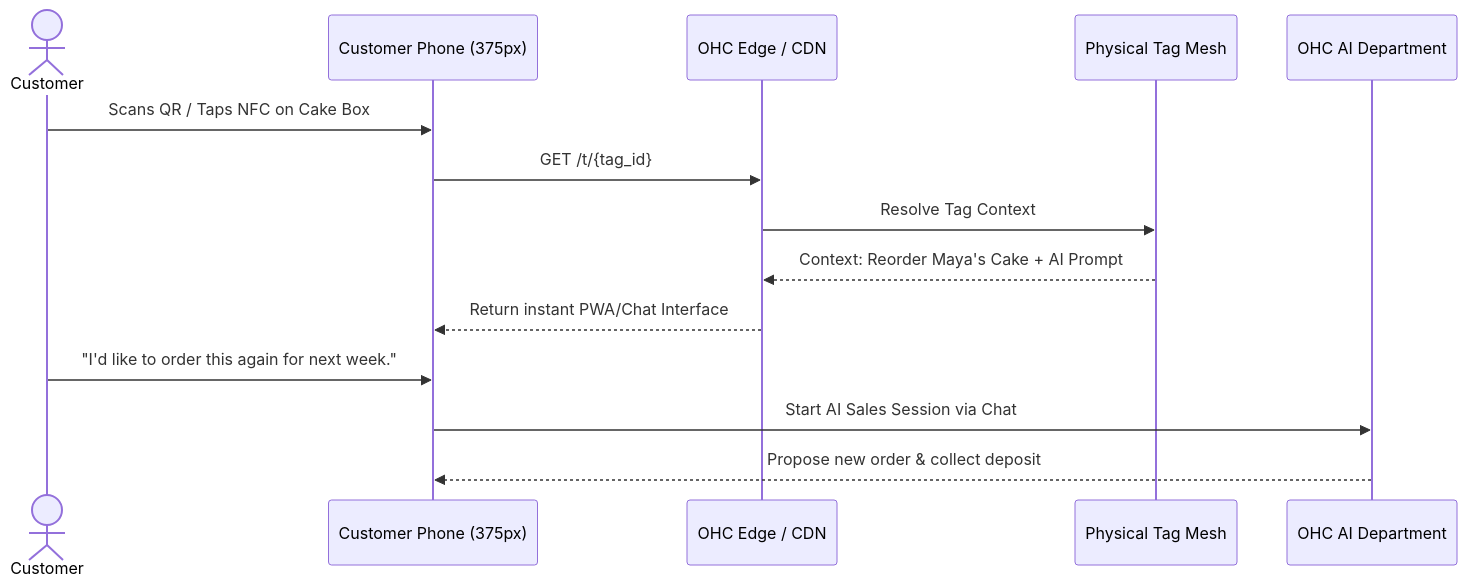
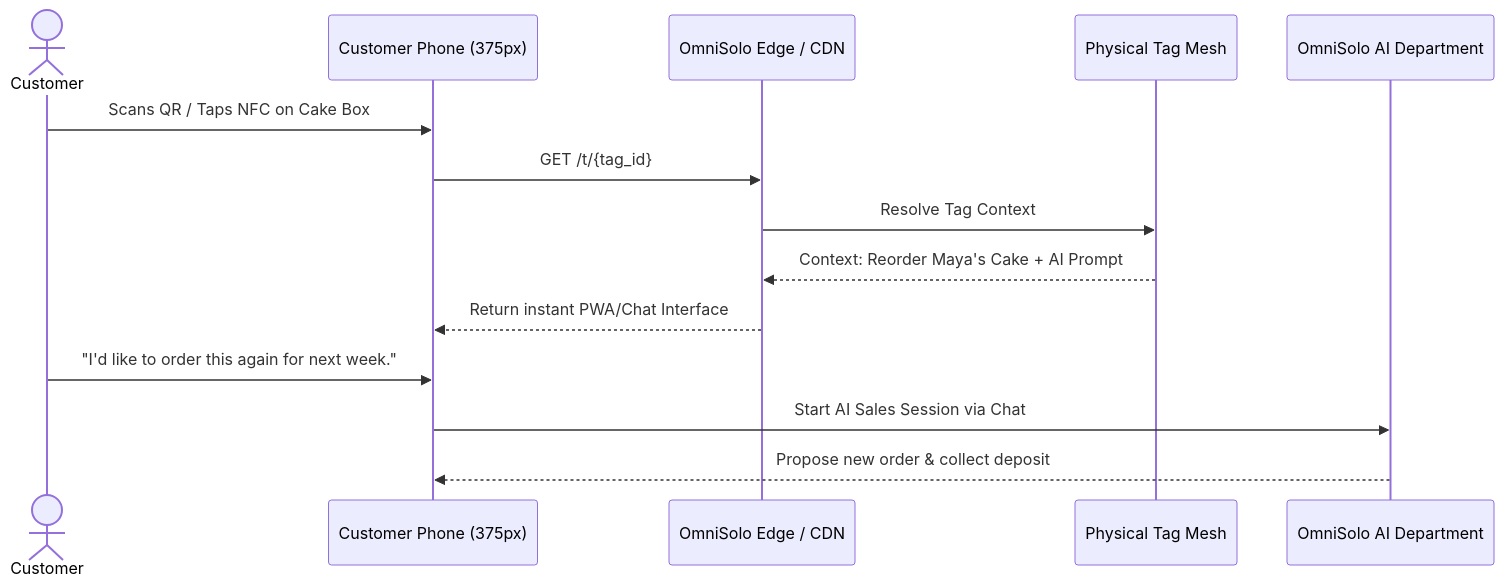
One commit to omnisolo-llc/onehumancorp changed the second of 2 diagrams in docs/research/[architecture]_autonomous_physical_world_interaction_mesh.md. Above: the diagram before and after it, drawn with Mermaid. The commit also changed other lines of this file and 2191 other files, not shown here.

Commit message:
feat: complete OmniSolo rename and browser audit

````diff
--- a/docs/research/[architecture]_autonomous_physical_world_interaction_mesh.md
+++ b/docs/research/[architecture]_autonomous_physical_world_interaction_mesh.md
@@ -55,17 +55,17 @@
 ```mermaid
 sequenceDiagram
     actor Customer
     participant Mobile_Device as Customer Phone (375px)
-    participant Edge_Router as OHC Edge / CDN
+    participant Edge_Router as OmniSolo Edge / CDN
     participant Tag_Service as Physical Tag Mesh
-    participant AI_Agent as OHC AI Department
+    participant AI_Agent as OmniSolo AI Department
 
     Customer->>Mobile_Device: Scans QR / Taps NFC on Cake Box
     Mobile_Device->>Edge_Router: GET /t/{tag_id}
     Edge_Router->>Tag_Service: Resolve Tag Context
     Tag_Service-->>Edge_Router: Context: Reorder Maya's Cake + AI Prompt
     Edge_Router-->>Mobile_Device: Return instant PWA/Chat Interface
     Customer->>Mobile_Device: "I'd like to order this again for next week."
     Mobile_Device->>AI_Agent: Start AI Sales Session via Chat
     AI_Agent-->>Mobile_Device: Propose new order & collect deposit
 ```
````
